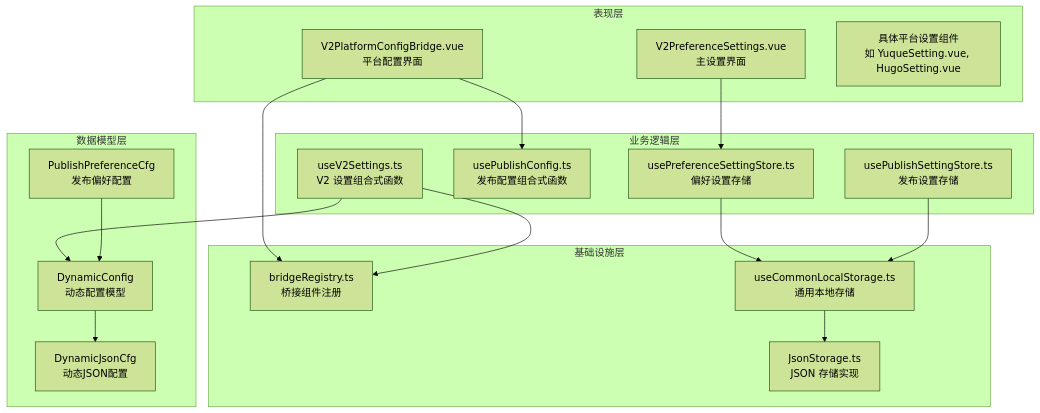
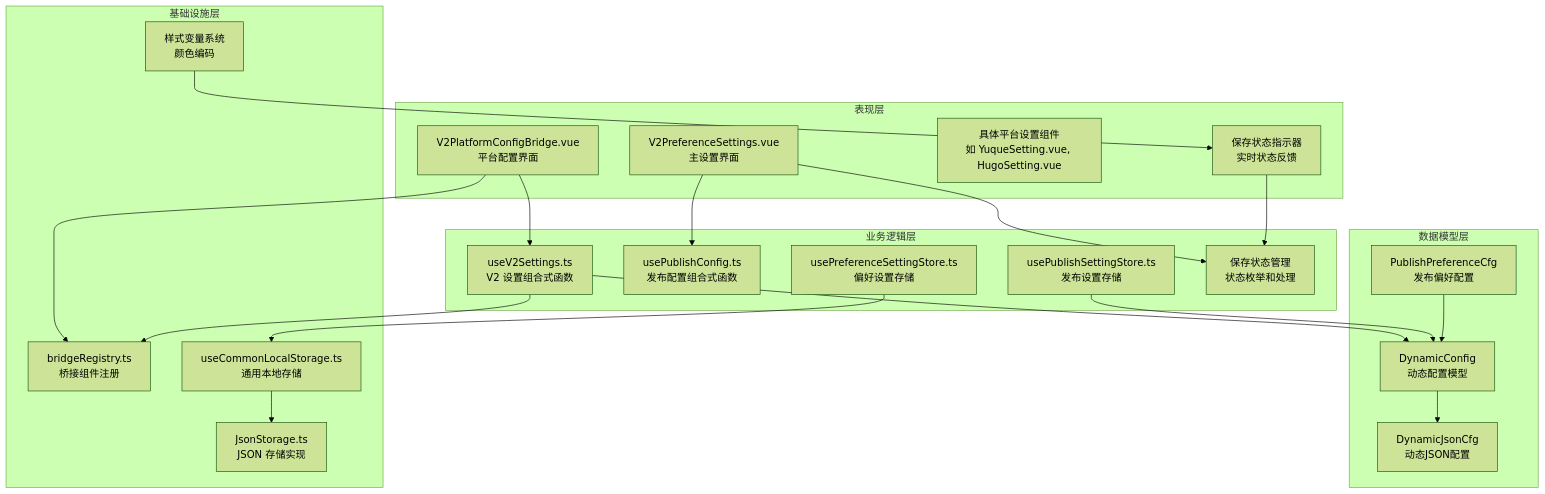
The fourth of 11 diagrams in .qoder/repowiki/zh/content/用户界面组件/设置组件/偏好设置组件/V2 偏好设置组件.md (terwer/siyuan-plugin-publisher), drawn with Mermaid (forest theme) before and after one commit. The commit also changed other lines of this file and 25 other files, not shown here.

````diff
--- a/.qoder/repowiki/zh/content/用户界面组件/设置组件/偏好设置组件/V2 偏好设置组件.md
+++ b/.qoder/repowiki/zh/content/用户界面组件/设置组件/偏好设置组件/V2 偏好设置组件.md
@@ -177,34 +207,40 @@
 ```mermaid
 graph TB
 subgraph "表现层"
 A[V2PreferenceSettings.vue<br/>主设置界面]
 B[V2PlatformConfigBridge.vue<br/>平台配置界面]
 C[具体平台设置组件<br/>如 YuqueSetting.vue, HugoSetting.vue]
+D[保存状态指示器<br/>实时状态反馈]
 end
 subgraph "业务逻辑层"
-D[useV2Settings.ts<br/>V2 设置组合式函数]
-E[usePublishConfig.ts<br/>发布配置组合式函数]
-F[usePreferenceSettingStore.ts<br/>偏好设置存储]
-G[usePublishSettingStore.ts<br/>发布设置存储]
+E[useV2Settings.ts<br/>V2 设置组合式函数]
+F[usePublishConfig.ts<br/>发布配置组合式函数]
+G[usePreferenceSettingStore.ts<br/>偏好设置存储]
+H[usePublishSettingStore.ts<br/>发布设置存储]
+I[保存状态管理<br/>状态枚举和处理]
 end
 subgraph "数据模型层"
-H[PublishPreferenceCfg<br/>发布偏好配置]
-I[DynamicConfig<br/>动态配置模型]
-J[DynamicJsonCfg<br/>动态JSON配置]
+J[PublishPreferenceCfg<br/>发布偏好配置]
+K[DynamicConfig<br/>动态配置模型]
+L[DynamicJsonCfg<br/>动态JSON配置]
 end
 subgraph "基础设施层"
-K[bridgeRegistry.ts<br/>桥接组件注册]
-L[useCommonLocalStorage.ts<br/>通用本地存储]
-M[JsonStorage.ts<br/>JSON 存储实现]
+M[bridgeRegistry.ts<br/>桥接组件注册]
+N[useCommonLocalStorage.ts<br/>通用本地存储]
+O[JsonStorage.ts<br/>JSON 存储实现]
+P[样式变量系统<br/>颜色编码]
 end
 A --> F
+A --> I
 B --> E
-B --> K
+B --> M
 D --> I
-D --> K
-F --> L
-G --> L
-L --> M
-H --> I
-I --> J
+E --> K
+E --> M
+G --> N
+H --> K
+N --> O
+P --> D
+J --> K
+K --> L
 ```
````
